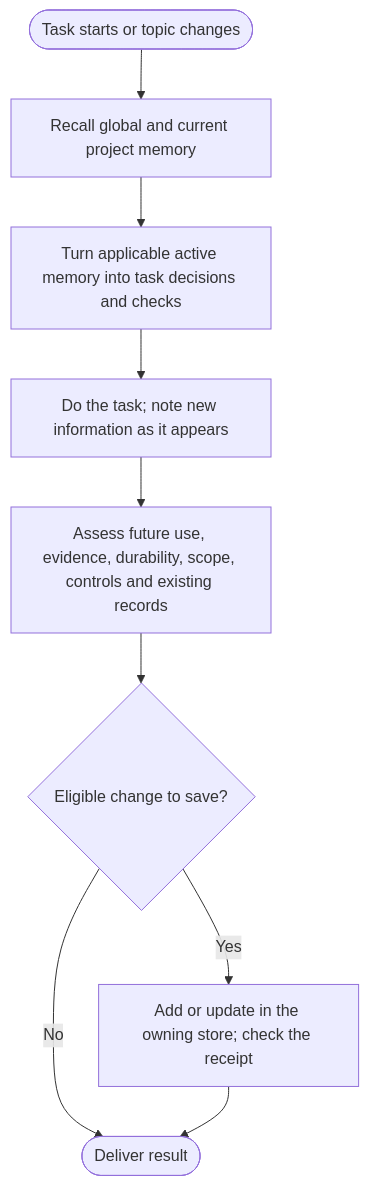
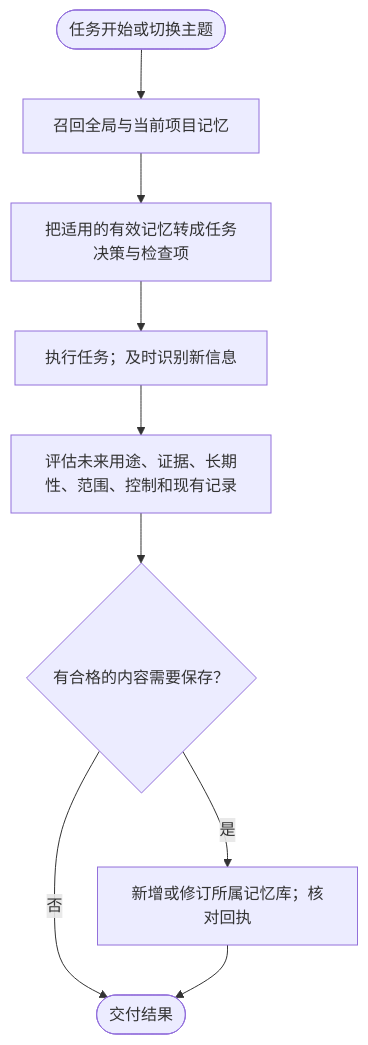
Before and after one commit to chrisstarr7/dev-memory: the first of 2 diagrams in README.md, drawn with Mermaid. The commit also changed other lines of this file and 1 other file, not shown here.

First line of the commit message:
Make Chinese the default project README

````diff
--- a/README.md
+++ b/README.md
@@ -71,11 +71,11 @@
 ```mermaid
 flowchart TD
-    S([Task starts or topic changes]) --> R[Recall global and current project memory]
-    R --> A[Turn applicable active memory into task decisions and checks]
-    A --> W[Do the task; note new information as it appears]
-    W --> E[Assess future use, evidence, durability, scope, controls and existing records]
-    E --> G{Eligible change to save?}
-    G -->|No| F([Deliver result])
-    G -->|Yes| P[Add or update in the owning store; check the receipt]
+    S([任务开始或切换主题]) --> R[召回全局与当前项目记忆]
+    R --> A[把适用的有效记忆转成任务决策与检查项]
+    A --> W[执行任务；及时识别新信息]
+    W --> E[评估未来用途、证据、长期性、范围、控制和现有记录]
+    E --> G{有合格的内容需要保存？}
+    G -->|否| F([交付结果])
+    G -->|是| P[新增或修订所属记忆库；核对回执]
     P --> F
 ```
````
